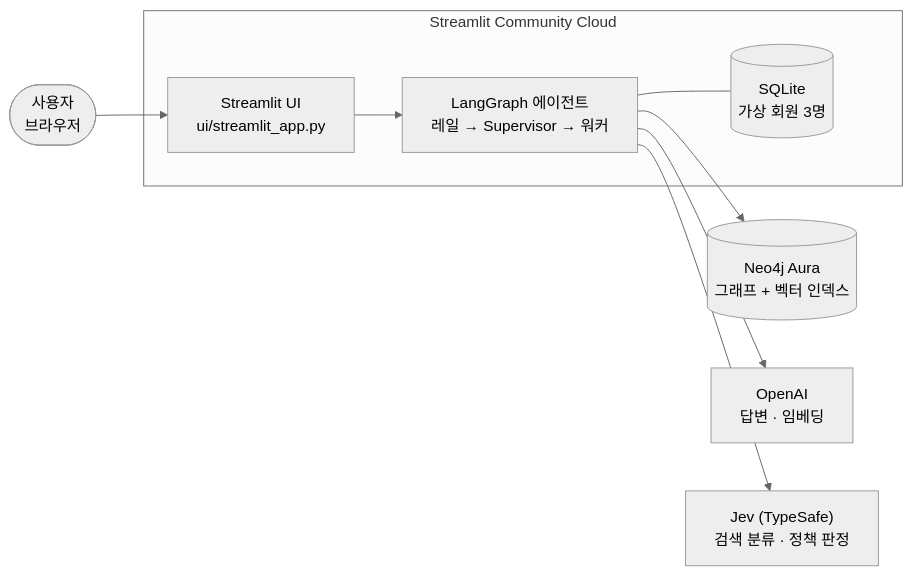
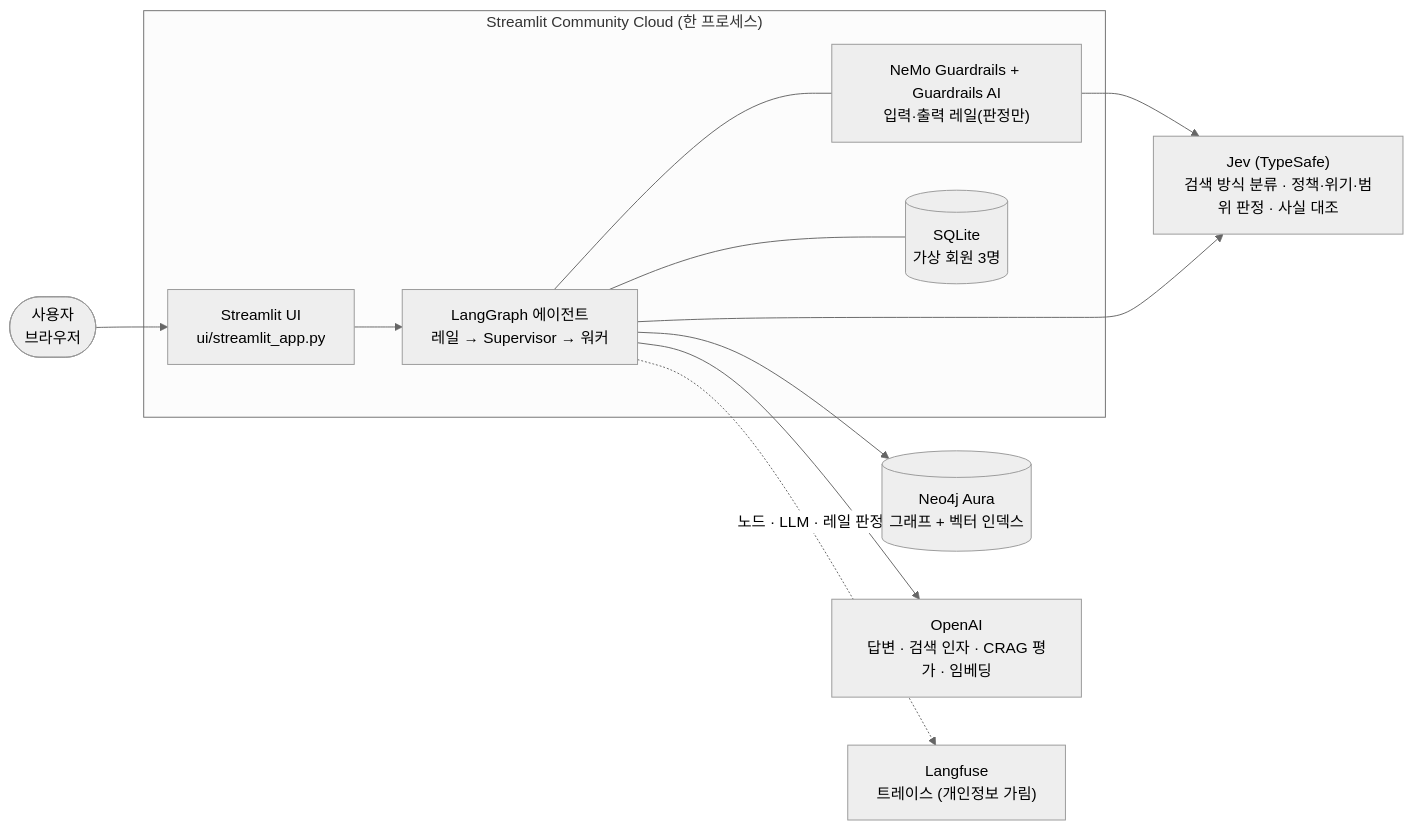
One commit to encore-ai-campus/mle-01-p3-team3 changed the first of 2 diagrams in README.md. Above: the diagram before and after it, drawn with Mermaid (neutral theme). The commit also changed other lines of this file and 11 other files, not shown here.

````diff
--- a/README.md
+++ b/README.md
@@ -63,17 +63,22 @@
 ```mermaid
 flowchart LR
   U(["사용자<br/>브라우저"])
-  subgraph SC["Streamlit Community Cloud"]
+  subgraph SC["Streamlit Community Cloud (한 프로세스)"]
     UI["Streamlit UI<br/>ui/streamlit_app.py"]
     AG["LangGraph 에이전트<br/>레일 → Supervisor → 워커"]
+    RL["NeMo Guardrails + Guardrails AI<br/>입력·출력 레일(판정만)"]
     DB[("SQLite<br/>가상 회원 3명")]
   end
   N[("Neo4j Aura<br/>그래프 + 벡터 인덱스")]
-  O["OpenAI<br/>답변 · 임베딩"]
-  J["Jev (TypeSafe)<br/>검색 분류 · 정책 판정"]
+  O["OpenAI<br/>답변 · 검색 인자 · CRAG 평가 · 임베딩"]
+  J["Jev (TypeSafe)<br/>검색 방식 분류 · 정책·위기·범위 판정 · 사실 대조"]
+  L["Langfuse<br/>트레이스 (개인정보 가림)"]
   U --> UI --> AG
+  AG --- RL
   AG --- DB
   AG --> N
   AG --> O
+  RL --> J
   AG --> J
+  AG -.->|"노드 · LLM · 레일 판정"| L
 ```
````
